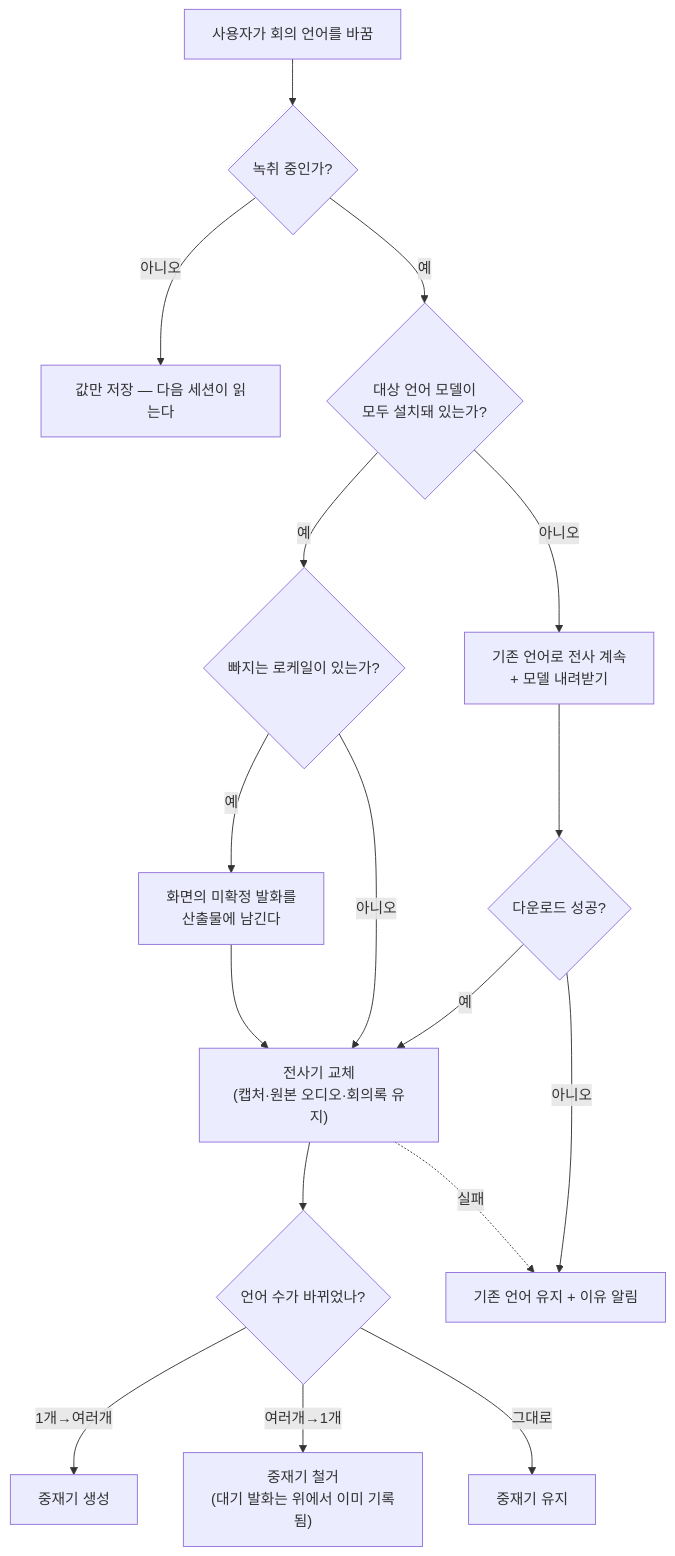
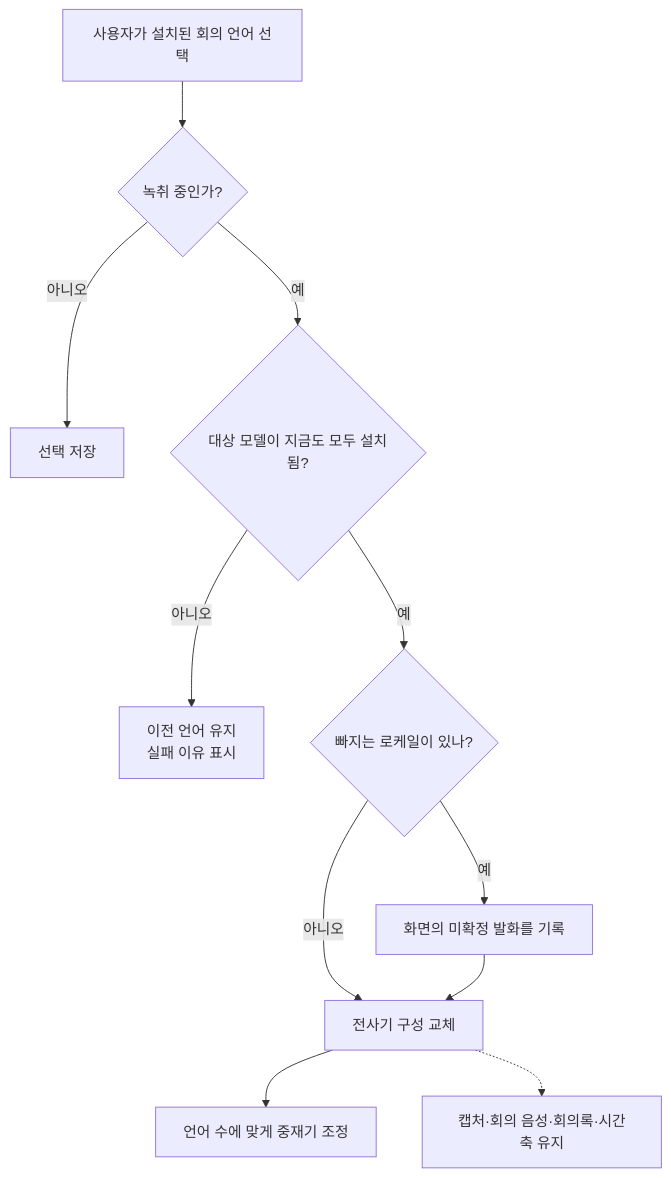
Before and after one commit to haandol/scribird: the diagram in docs/adr/transcription/0004-in-session-language-switch.md, drawn with Mermaid. The commit also changed other lines of this file and 50 other files, not shown here.

````diff
--- a/docs/adr/transcription/0004-in-session-language-switch.md
+++ b/docs/adr/transcription/0004-in-session-language-switch.md
@@ -115,24 +54,13 @@
 ```mermaid
 flowchart TD
-    U["사용자가 회의 언어를 바꿈"] --> R{"녹취 중인가?"}
-    R -->|아니오| S["값만 저장 — 다음 세션이 읽는다"]
-    R -->|예| M{"대상 언어 모델이<br/>모두 설치돼 있는가?"}
-
-    M -->|예| P{"빠지는 로케일이 있는가?"}
-    P -->|예| PD["화면의 미확정 발화를<br/>산출물에 남긴다"]
-    P -->|아니오| SW
-    PD --> SW
-    SW["전사기 교체<br/>(캡처·원본 오디오·회의록 유지)"]
-    M -->|아니오| D["기존 언어로 전사 계속<br/>+ 모델 내려받기"]
-
-    D --> DR{"다운로드 성공?"}
-    DR -->|예| SW
-    DR -->|아니오| K["기존 언어 유지 + 이유 알림"]
-
-    SW --> A{"언어 수가 바뀌었나?"}
-    A -->|1개→여러개| AC["중재기 생성"]
-    A -->|여러개→1개| AD["중재기 철거<br/>(대기 발화는 위에서 이미 기록됨)"]
-    A -->|그대로| AN["중재기 유지"]
-
-    SW -.->|실패| K
+    U["사용자가 설치된 회의 언어 선택"] --> R{"녹취 중인가?"}
+    R -- 아니오 --> Save["선택 저장"]
+    R -- 예 --> Check{"대상 모델이 지금도 모두 설치됨?"}
+    Check -- 아니오 --> Keep["이전 언어 유지<br/>실패 이유 표시"]
+    Check -- 예 --> Remove{"빠지는 로케일이 있나?"}
+    Remove -- 예 --> Drain["화면의 미확정 발화를 기록"]
+    Remove -- 아니오 --> Swap
+    Drain --> Swap["전사기 구성 교체"]
+    Swap --> Arb["언어 수에 맞게 중재기 조정"]
+    Swap -.-> Audio["캡처·회의 음성·회의록·시간축 유지"]
 ```
````
